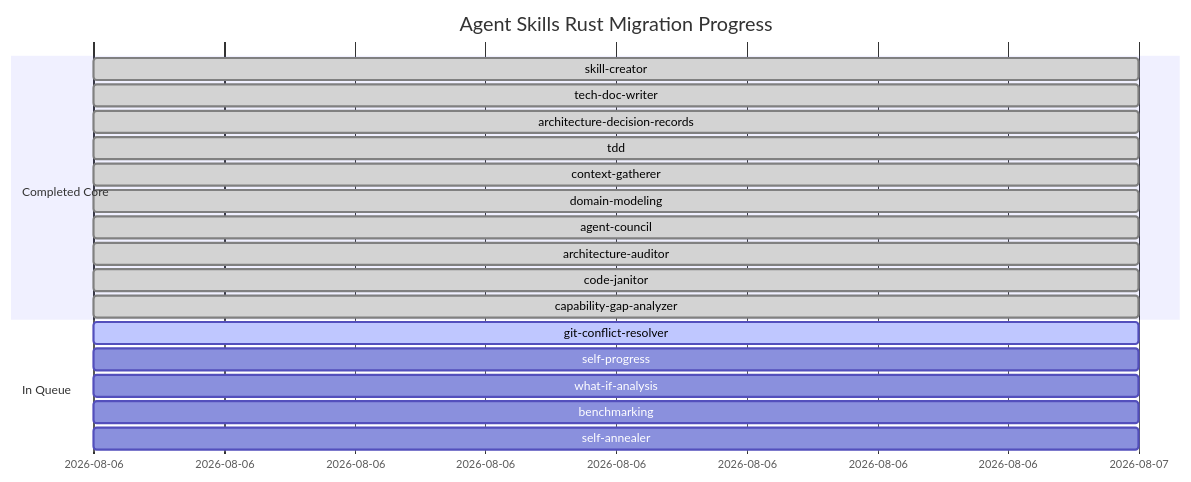
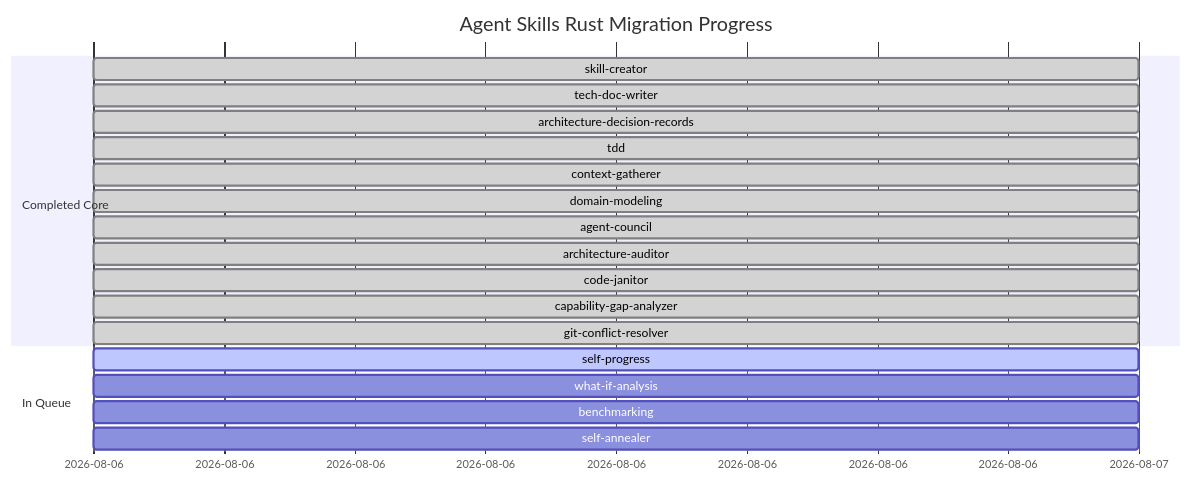
Before and after one commit to louis-pvs/agent-skills: the diagram in docs/migration_progress.md, drawn with Mermaid. The commit also changed other lines of this file and 5 other files, not shown here.

Commit message:
feat(git-conflict-resolver): migrate skill automation to Rust CLI via TDD protocol

````diff
--- a/docs/migration_progress.md
+++ b/docs/migration_progress.md
@@ -26,22 +26,22 @@
 ```mermaid
 gantt
     title Agent Skills Rust Migration Progress
     dateFormat  YYYY-MM-DD
     section Completed Core
     skill-creator                  :done, 2026-08-06, 1d
     tech-doc-writer                :done, 2026-08-06, 1d
     architecture-decision-records  :done, 2026-08-06, 1d
     tdd                            :done, 2026-08-06, 1d
     context-gatherer               :done, 2026-08-06, 1d
     domain-modeling                :done, 2026-08-06, 1d
     agent-council                  :done, 2026-08-06, 1d
     architecture-auditor           :done, 2026-08-06, 1d
     code-janitor                   :done, 2026-08-06, 1d
     capability-gap-analyzer        :done, 2026-08-06, 1d
+    git-conflict-resolver         :done, 2026-08-06, 1d
     section In Queue
-    git-conflict-resolver         :active, 2026-08-06, 1d
-    self-progress                  :2026-08-06, 1d
+    self-progress                  :active, 2026-08-06, 1d
     what-if-analysis               :2026-08-06, 1d
     benchmarking                   :2026-08-06, 1d
     self-annealer                  :2026-08-06, 1d
 ```
````
